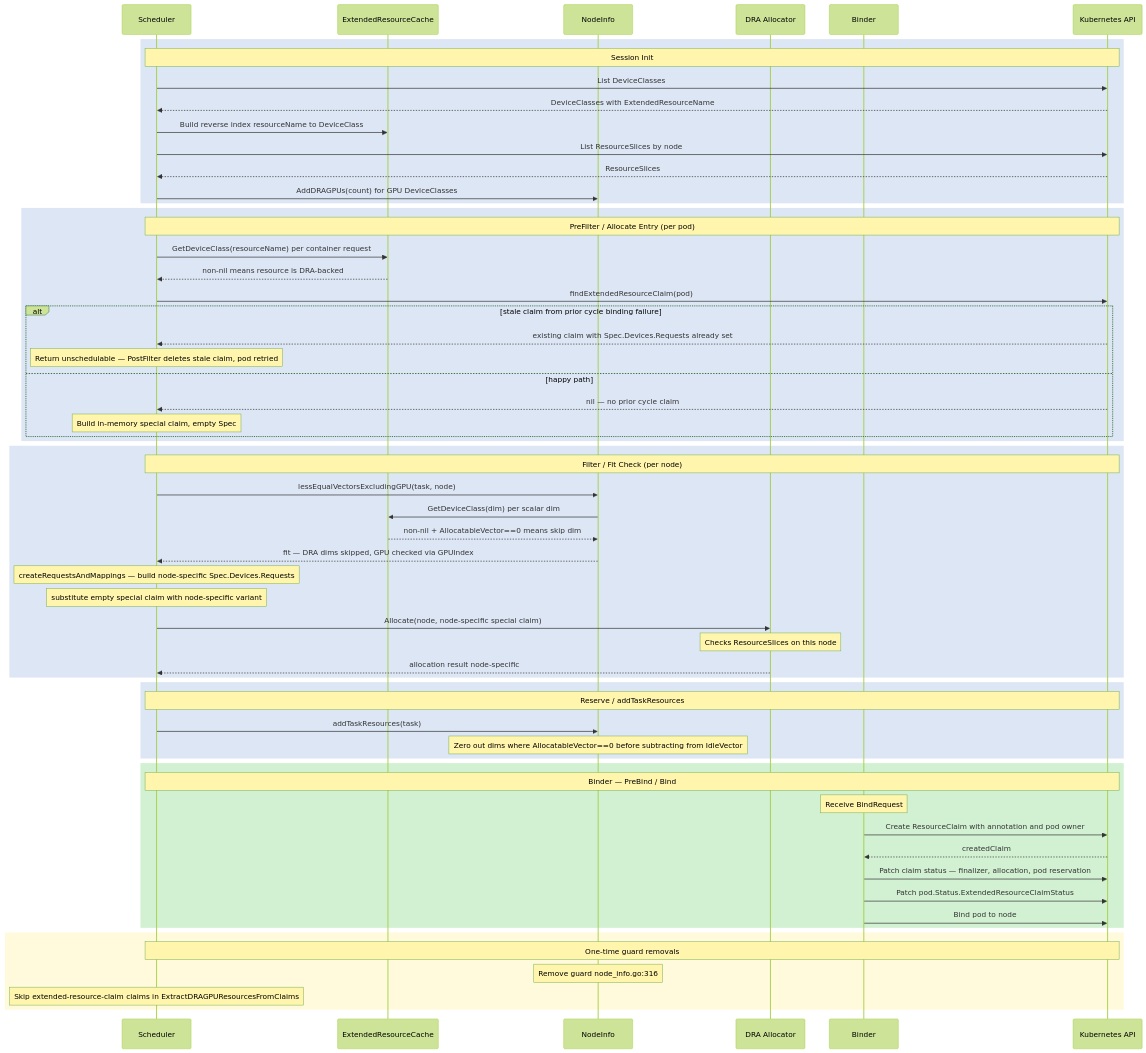
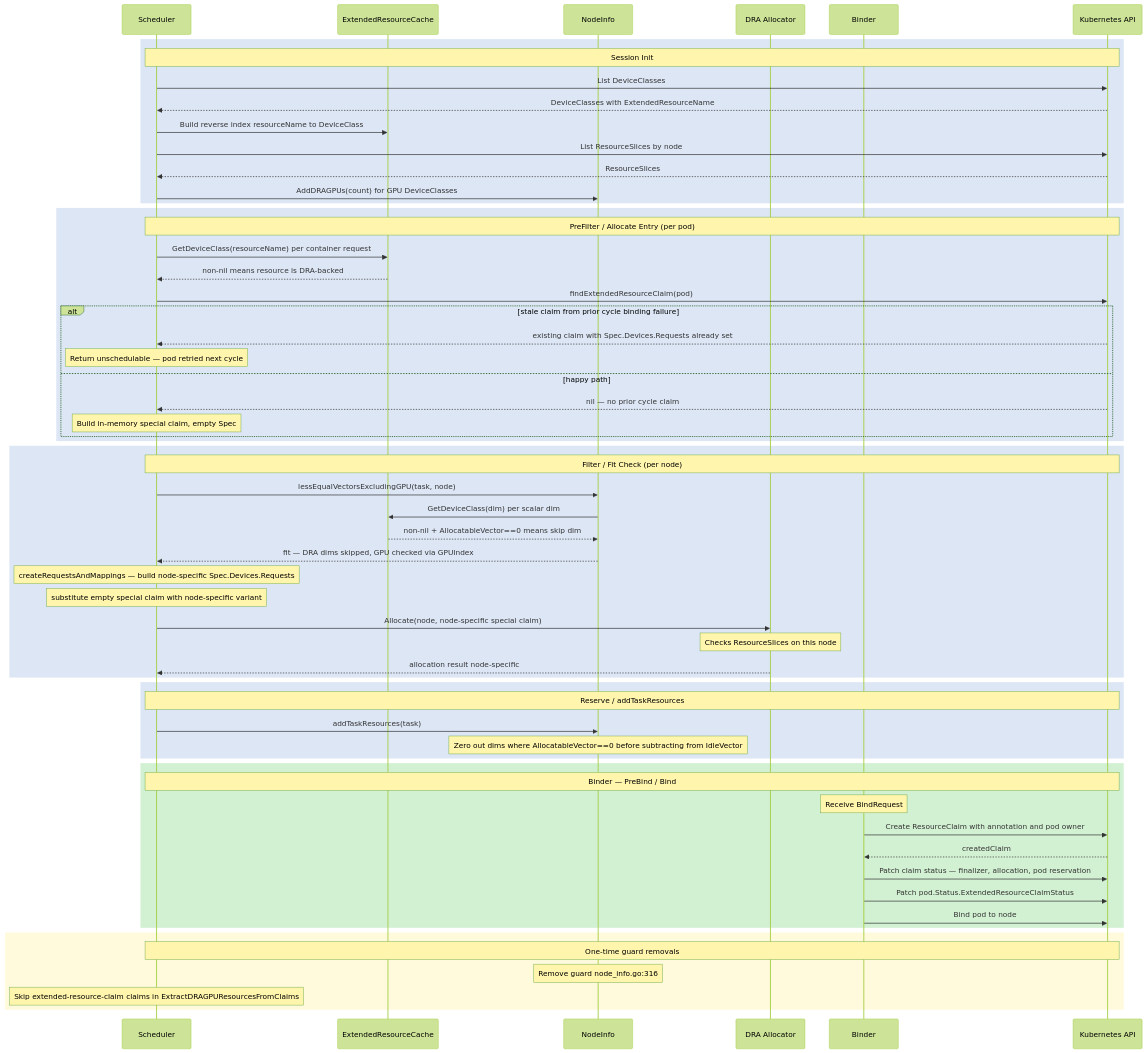
The diagram in docs/developer/designs/dra-extended-resources/README.md (kai-scheduler/KAI-Scheduler), drawn with Mermaid (forest theme) before and after one commit. The commit also changed other lines of this file, not shown here.

````diff
--- a/docs/developer/designs/dra-extended-resources/README.md
+++ b/docs/developer/designs/dra-extended-resources/README.md
@@ -101,68 +143,68 @@
 ```mermaid
 sequenceDiagram
     participant S as Scheduler
     participant C as ExtendedResourceCache
     participant N as NodeInfo
     participant D as DRA Allocator
     participant B as Binder
     participant K as Kubernetes API
 
     rect rgb(220, 230, 245)
         note over S,K: Session Init
         S->>K: List DeviceClasses
         K-->>S: DeviceClasses with ExtendedResourceName
         S->>C: Build reverse index resourceName to DeviceClass
         S->>K: List ResourceSlices by node
         K-->>S: ResourceSlices
         S->>N: AddDRAGPUs(count) for GPU DeviceClasses
     end
 
     rect rgb(220, 230, 245)
         note over S,K: PreFilter / Allocate Entry (per pod)
         S->>C: GetDeviceClass(resourceName) per container request
         C-->>S: non-nil means resource is DRA-backed
         S->>K: findExtendedResourceClaim(pod)
         alt stale claim from prior cycle binding failure
             K-->>S: existing claim with Spec.Devices.Requests already set
-            note over S: Return unschedulable — PostFilter deletes stale claim, pod retried
+            note over S: Return unschedulable — pod retried next cycle
         else happy path
             K-->>S: nil — no prior cycle claim
             note over S: Build in-memory special claim, empty Spec
         end
     end
 
     rect rgb(220, 230, 245)
         note over S,K: Filter / Fit Check (per node)
         S->>N: lessEqualVectorsExcludingGPU(task, node)
         N->>C: GetDeviceClass(dim) per scalar dim
         C-->>N: non-nil + AllocatableVector==0 means skip dim
         N-->>S: fit — DRA dims skipped, GPU checked via GPUIndex
         note over S: createRequestsAndMappings — build node-specific Spec.Devices.Requests
         note over S: substitute empty special claim with node-specific variant
         S->>D: Allocate(node, node-specific special claim)
         note over D: Checks ResourceSlices on this node
         D-->>S: allocation result node-specific
     end
 
     rect rgb(220, 230, 245)
         note over S,K: Reserve / addTaskResources
         S->>N: addTaskResources(task)
         note over N: Zero out dims where AllocatableVector==0 before subtracting from IdleVector
     end
 
     rect rgb(210, 240, 210)
         note over S,K: Binder — PreBind / Bind
         note over B: Receive BindRequest
         B->>K: Create ResourceClaim with annotation and pod owner
         K-->>B: createdClaim
         B->>K: Patch claim status — finalizer, allocation, pod reservation
         B->>K: Patch pod.Status.ExtendedResourceClaimStatus
         B->>K: Bind pod to node
     end
 
     rect rgb(255, 250, 220)
         note over S,K: One-time guard removals
         note over N: Remove guard node_info.go:316
         note over S: Skip extended-resource-claim claims in ExtractDRAGPUResourcesFromClaims
     end
 ```
````
